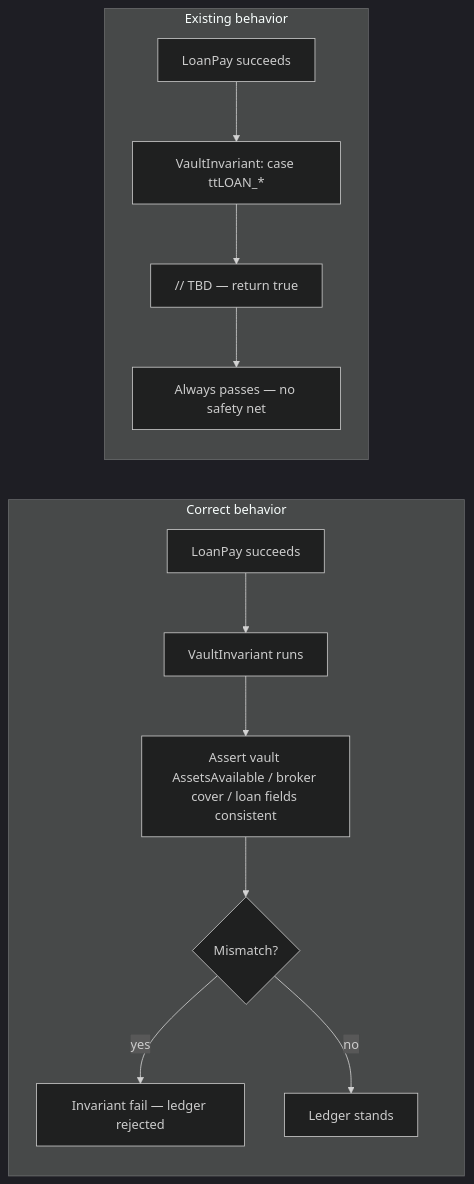
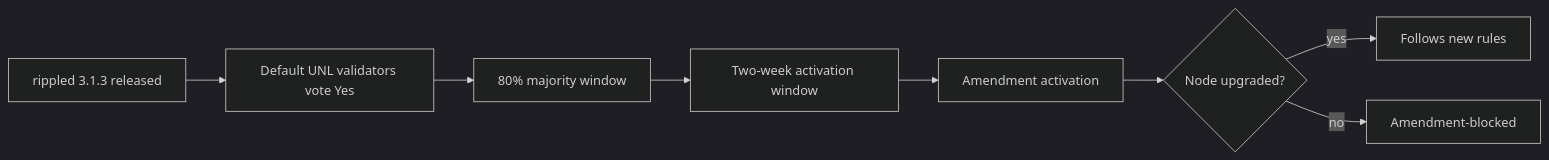
The second of 2 diagrams in _posts/2026-05-26-xrpl-rippled-open-p0-freeze-audit.md (agtico/agtico.github.io), drawn with Mermaid (dark theme) before and after one commit. The commit also changed other lines of this file and 50 other files, not shown here.

````diff
--- a/_posts/2026-05-26-xrpl-rippled-open-p0-freeze-audit.md
+++ b/_posts/2026-05-26-xrpl-rippled-open-p0-freeze-audit.md
@@ -401,17 +1490,10 @@
 ```mermaid
 flowchart LR
-  subgraph correct [Correct behavior]
-    direction TB
-    V1[LoanPay succeeds] --> V2[VaultInvariant runs]
-    V2 --> V3[Assert vault AssetsAvailable / broker cover / loan fields consistent]
-    V3 --> V4{Mismatch?}
-    V4 -->|yes| V5[Invariant fail — ledger rejected]
-    V4 -->|no| V6[Ledger stands]
-  end
-  subgraph broken [Existing behavior]
-    direction TB
-    W1[LoanPay succeeds] --> W2[VaultInvariant: case ttLOAN_*]
-    W2 --> W3["// TBD — return true"]
-    W3 --> W4[Always passes — no safety net]
-  end
+  R[rippled 3.1.3 released] --> V[Default UNL validators vote Yes]
+  V --> M[80% majority window]
+  M --> W[Two-week activation window]
+  W --> A[Amendment activation]
+  A --> Q{Node upgraded?}
+  Q -->|yes| OK[Follows new rules]
+  Q -->|no| BL[Amendment-blocked]
 ```
````
